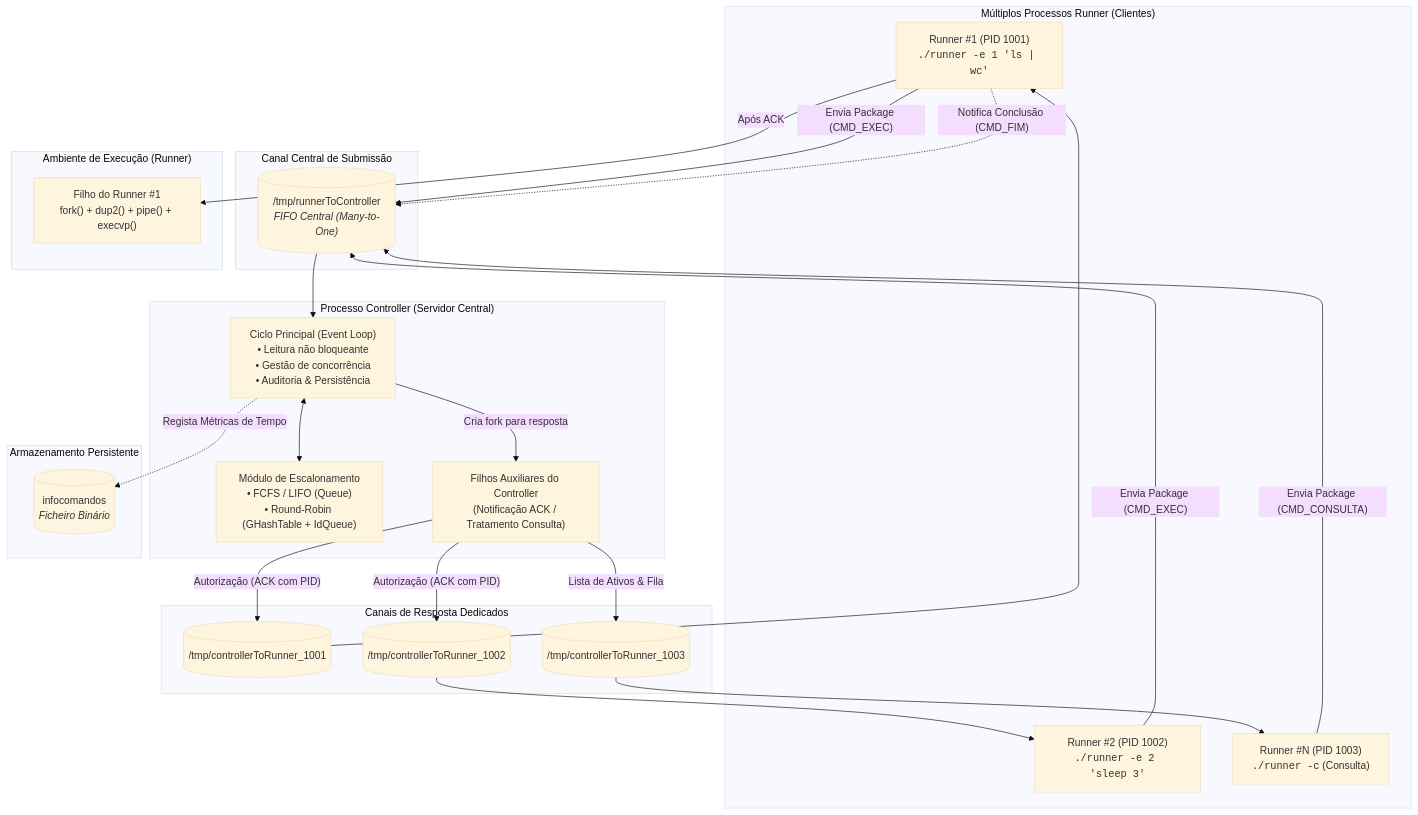
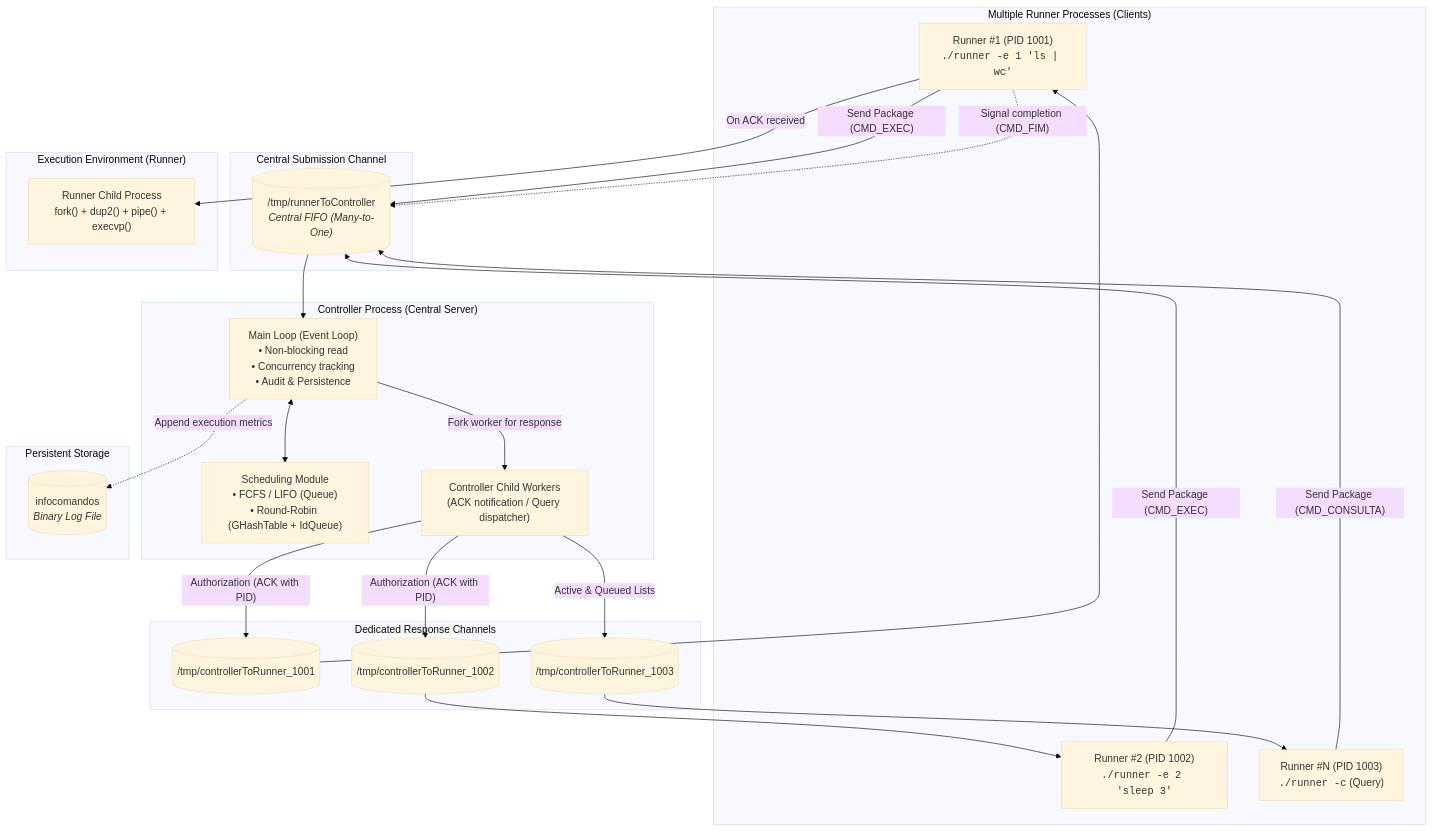
One commit to afonso35costa/ProjetoSO changed the first of 2 diagrams in README.md. Above: the diagram before and after it, drawn with Mermaid (base theme). The commit also changed other lines of this file, not shown here.

````diff
--- a/README.md
+++ b/README.md
@@ -76,52 +76,52 @@
 ```mermaid
 flowchart TD
-    subgraph Clientes["Múltiplos Processos Runner (Clientes)"]
+    subgraph Clients["Multiple Runner Processes (Clients)"]
         R1["Runner #1 (PID 1001)<br><code>./runner -e 1 'ls | wc'</code>"]
         R2["Runner #2 (PID 1002)<br><code>./runner -e 2 'sleep 3'</code>"]
-        RC["Runner #N (PID 1003)<br><code>./runner -c</code> (Consulta)"]
+        RC["Runner #N (PID 1003)<br><code>./runner -c</code> (Query)"]
     end
 
-    subgraph IPC_In["Canal Central de Submissão"]
-        FIFO_IN[("/tmp/runnerToController<br><i>FIFO Central (Many-to-One)</i>")]
+    subgraph IPC_In["Central Submission Channel"]
+        FIFO_IN[("/tmp/runnerToController<br><i>Central FIFO (Many-to-One)</i>")]
     end
 
-    subgraph Servidor["Processo Controller (Servidor Central)"]
-        CTRL["Ciclo Principal (Event Loop)<br>• Leitura não bloqueante<br>• Gestão de concorrência<br>• Auditoria & Persistência"]
-        SCHED["Módulo de Escalonamento<br>• FCFS / LIFO (Queue)<br>• Round-Robin (GHashTable + IdQueue)"]
-        CTRL_CHILD["Filhos Auxiliares do Controller<br>(Notificação ACK / Tratamento Consulta)"]
+    subgraph Server["Controller Process (Central Server)"]
+        CTRL["Main Loop (Event Loop)<br>• Non-blocking read<br>• Concurrency tracking<br>• Audit & Persistence"]
+        SCHED["Scheduling Module<br>• FCFS / LIFO (Queue)<br>• Round-Robin (GHashTable + IdQueue)"]
+        CTRL_CHILD["Controller Child Workers<br>(ACK notification / Query dispatcher)"]
     end
 
-    subgraph IPC_Out["Canais de Resposta Dedicados"]
+    subgraph IPC_Out["Dedicated Response Channels"]
         FIFO_R1[("/tmp/controllerToRunner_1001")]
         FIFO_R2[("/tmp/controllerToRunner_1002")]
         FIFO_RC[("/tmp/controllerToRunner_1003")]
     end
 
-    subgraph Exec["Ambiente de Execução (Runner)"]
-        EXEC1["Filho do Runner #1<br>fork() + dup2() + pipe() + execvp()"]
+    subgraph Exec["Execution Environment (Runner)"]
+        EXEC1["Runner Child Process<br>fork() + dup2() + pipe() + execvp()"]
     end
 
-    subgraph Log["Armazenamento Persistente"]
-        LOG_FILE[("infocomandos<br><i>Ficheiro Binário</i>")]
+    subgraph Log["Persistent Storage"]
+        LOG_FILE[("infocomandos<br><i>Binary Log File</i>")]
     end
 
-    R1 -->|"Envia Package (CMD_EXEC)"| FIFO_IN
-    R2 -->|"Envia Package (CMD_EXEC)"| FIFO_IN
-    RC -->|"Envia Package (CMD_CONSULTA)"| FIFO_IN
+    R1 -->|"Send Package (CMD_EXEC)"| FIFO_IN
+    R2 -->|"Send Package (CMD_EXEC)"| FIFO_IN
+    RC -->|"Send Package (CMD_CONSULTA)"| FIFO_IN
 
     FIFO_IN --> CTRL
     CTRL <--> SCHED
-    CTRL -->|"Cria fork para resposta"| CTRL_CHILD
+    CTRL -->|"Fork worker for response"| CTRL_CHILD
 
-    CTRL_CHILD -->|"Autorização (ACK com PID)"| FIFO_R1
-    CTRL_CHILD -->|"Autorização (ACK com PID)"| FIFO_R2
-    CTRL_CHILD -->|"Lista de Ativos & Fila"| FIFO_RC
+    CTRL_CHILD -->|"Authorization (ACK with PID)"| FIFO_R1
+    CTRL_CHILD -->|"Authorization (ACK with PID)"| FIFO_R2
+    CTRL_CHILD -->|"Active & Queued Lists"| FIFO_RC
 
     FIFO_R1 --> R1
     FIFO_R2 --> R2
     FIFO_RC --> RC
 
-    R1 -->|"Após ACK"| EXEC1
-    R1 -.->|"Notifica Conclusão (CMD_FIM)"| FIFO_IN
-    CTRL -.->|"Regista Métricas de Tempo"| LOG_FILE
+    R1 -->|"On ACK received"| EXEC1
+    R1 -.->|"Signal completion (CMD_FIM)"| FIFO_IN
+    CTRL -.->|"Append execution metrics"| LOG_FILE
 ```
````
